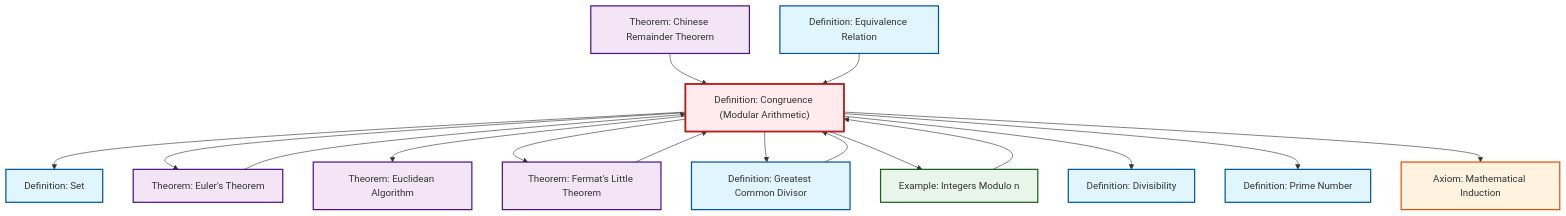
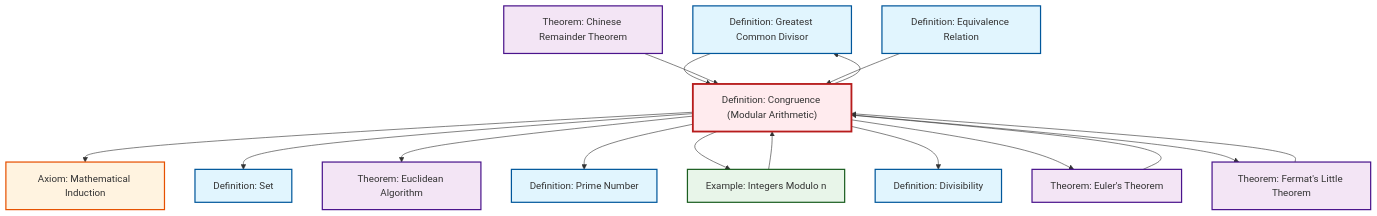
Before and after one commit to RK0429/ModernMath: the diagram in content/ja/number-theory/def-congruence.qmd, drawn with Mermaid. The commit also changed other lines of this file and 634 other files, not shown here.

First line of the commit message:
feat: Add prime ideal definition with comprehensive cross-references

````diff
--- a/content/ja/number-theory/def-congruence.qmd
+++ b/content/ja/number-theory/def-congruence.qmd
@@ -125,48 +125,48 @@
 ```{mermaid}
 %%| fig-cap: "Local dependency graph"
 graph TD
     classDef definition fill:#e1f5fe,stroke:#01579b,stroke-width:2px
     classDef theorem fill:#f3e5f5,stroke:#4a148c,stroke-width:2px
     classDef axiom fill:#fff3e0,stroke:#e65100,stroke-width:2px
     classDef example fill:#e8f5e9,stroke:#1b5e20,stroke-width:2px
     classDef current fill:#ffebee,stroke:#b71c1c,stroke-width:3px
+    def-gcd["Definition: Greatest Common Divisor"]:::definition
+    thm-euler["Theorem: Euler's Theorem"]:::theorem
+    thm-fermat-little["Theorem: Fermat's Little Theorem"]:::theorem
+    def-set["Definition: Set"]:::definition
+    def-congruence["Definition: Congruence (Modular Arithmetic)"]:::definition
+    def-equivalence-relation["Definition: Equivalence Relation"]:::definition
+    def-divisibility["Definition: Divisibility"]:::definition
+    thm-chinese-remainder["Theorem: Chinese Remainder Theorem"]:::theorem
+    ex-quotient-integers-mod-n["Example: Integers Modulo n"]:::example
+    def-prime["Definition: Prime Number"]:::definition
+    thm-euclidean-algorithm["Theorem: Euclidean Algorithm"]:::theorem
     ax-induction["Axiom: Mathematical Induction"]:::axiom
-    def-congruence["Definition: Congruence (Modular Arithmetic)"]:::definition
-    def-gcd["Definition: Greatest Common Divisor"]:::definition
-    def-divisibility["Definition: Divisibility"]:::definition
-    def-prime["Definition: Prime Number"]:::definition
-    def-set["Definition: Set"]:::definition
-    def-equivalence-relation["Definition: Equivalence Relation"]:::definition
-    thm-euclidean-algorithm["Theorem: Euclidean Algorithm"]:::theorem
-    ex-quotient-integers-mod-n["Example: Integers Modulo n"]:::example
-    thm-euler["Theorem: Euler's Theorem"]:::theorem
-    thm-chinese-remainder["Theorem: Chinese Remainder Theorem"]:::theorem
-    thm-fermat-little["Theorem: Fermat's Little Theorem"]:::theorem
+    def-congruence --> ax-induction
+    ex-quotient-integers-mod-n --> def-congruence
+    def-gcd --> def-congruence
+    thm-chinese-remainder --> def-congruence
     def-congruence --> def-set
+    def-congruence --> thm-euclidean-algorithm
+    thm-euler --> def-congruence
+    thm-fermat-little --> def-congruence
+    def-congruence --> def-gcd
+    def-congruence --> def-prime
+    def-congruence --> ex-quotient-integers-mod-n
+    def-congruence --> def-divisibility
+    def-equivalence-relation --> def-congruence
     def-congruence --> thm-euler
-    def-congruence --> thm-euclidean-algorithm
-    thm-chinese-remainder --> def-congruence
     def-congruence --> thm-fermat-little
-    def-congruence --> def-gcd
-    def-gcd --> def-congruence
-    thm-euler --> def-congruence
-    def-congruence --> ex-quotient-integers-mod-n
-    thm-fermat-little --> def-congruence
-    def-congruence --> def-divisibility
-    def-congruence --> def-prime
-    ex-quotient-integers-mod-n --> def-congruence
-    def-equivalence-relation --> def-congruence
-    def-congruence --> ax-induction
     class def-congruence current
-    click ax-induction "ax-induction.html" "Axiom: Mathematical Inductionへ"
     click def-gcd "def-gcd.html" "Definition: Greatest Common Divisorへ"
-    click def-divisibility "def-divisibility.html" "Definition: Divisibilityへ"
-    click def-prime "def-prime.html" "Definition: Prime Numberへ"
+    click thm-euler "thm-euler.html" "Theorem: Euler's Theoremへ"
+    click thm-fermat-little "thm-fermat-little.html" "Theorem: Fermat's Little Theoremへ"
     click def-set "def-set.html" "Definition: Setへ"
     click def-equivalence-relation "def-equivalence-relation.html" "Definition: Equivalence Relationへ"
+    click def-divisibility "def-divisibility.html" "Definition: Divisibilityへ"
+    click thm-chinese-remainder "thm-chinese-remainder.html" "Theorem: Chinese Remainder Theoremへ"
+    click ex-quotient-integers-mod-n "ex-quotient-integers-mod-n.html" "Example: Integers Modulo nへ"
+    click def-prime "def-prime.html" "Definition: Prime Numberへ"
     click thm-euclidean-algorithm "thm-euclidean-algorithm.html" "Theorem: Euclidean Algorithmへ"
-    click ex-quotient-integers-mod-n "ex-quotient-integers-mod-n.html" "Example: Integers Modulo nへ"
-    click thm-euler "thm-euler.html" "Theorem: Euler's Theoremへ"
-    click thm-chinese-remainder "thm-chinese-remainder.html" "Theorem: Chinese Remainder Theoremへ"
-    click thm-fermat-little "thm-fermat-little.html" "Theorem: Fermat's Little Theoremへ"
+    click ax-induction "ax-induction.html" "Axiom: Mathematical Inductionへ"
 ```
````
